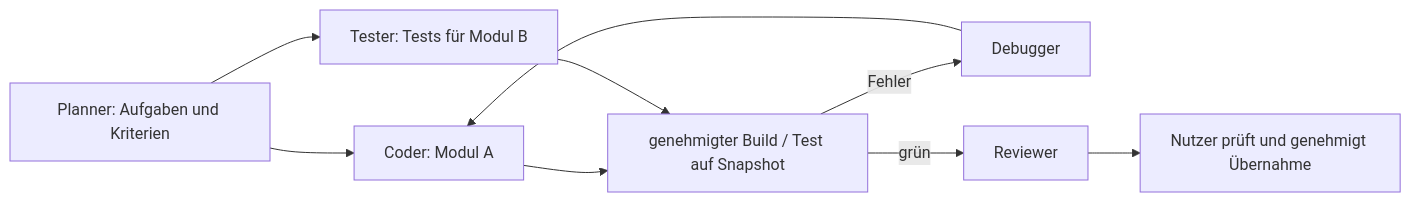
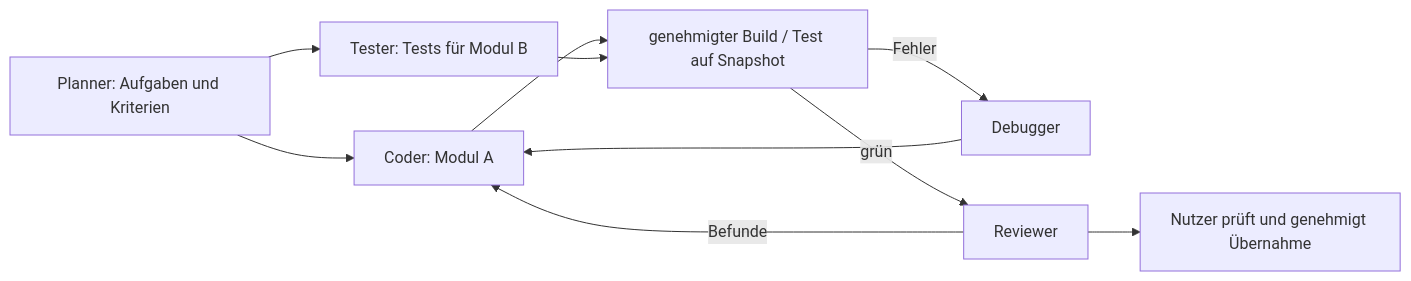
Before and after one commit to bugtesterdani/LocalAI-Developer-Agent: the second of 4 diagrams in docs/Local-AI-Developer-Agent-Projektspezifikation.md, drawn with Mermaid. The commit also changed other lines of this file and 14 other files, not shown here.

````diff
--- a/docs/Local-AI-Developer-Agent-Projektspezifikation.md
+++ b/docs/Local-AI-Developer-Agent-Projektspezifikation.md
@@ -161,11 +161,12 @@
 ```mermaid
 flowchart LR
   P[Planner: Aufgaben und Kriterien] --> C[Coder: Modul A]
   P --> T[Tester: Tests für Modul B]
   C --> B[genehmigter Build / Test auf Snapshot]
   T --> B
   B -->|Fehler| D[Debugger]
   D --> C
   B -->|grün| R[Reviewer]
+  R -->|Befunde| C
   R --> F[Nutzer prüft und genehmigt Übernahme]
 ```
````
